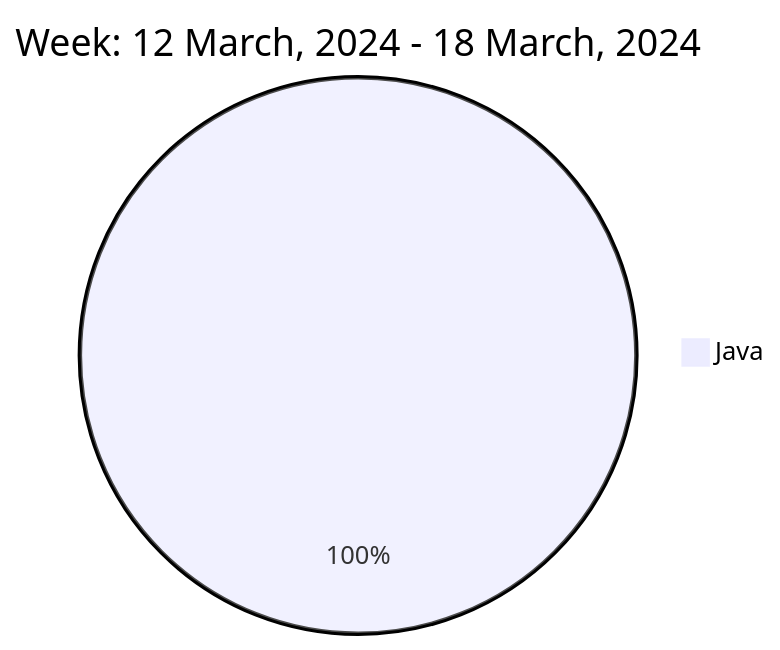
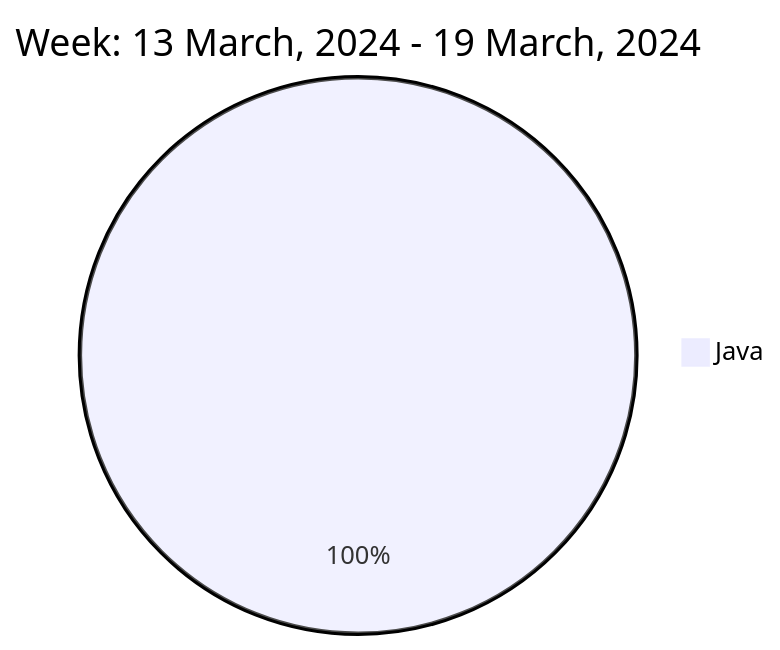
The diagram in README.md (liubin95/liubin95), drawn with Mermaid before and after one commit.

Commit message:
Updated the Graph with new Metrics

````diff
--- a/README.md
+++ b/README.md
@@ -37,5 +37,5 @@
 ```mermaid
  pie
-title Week: 12 March, 2024 - 18 March, 2024
- "Java" : 0.72
+title Week: 13 March, 2024 - 19 March, 2024
+ "Java" : 0.5
 ```
````
